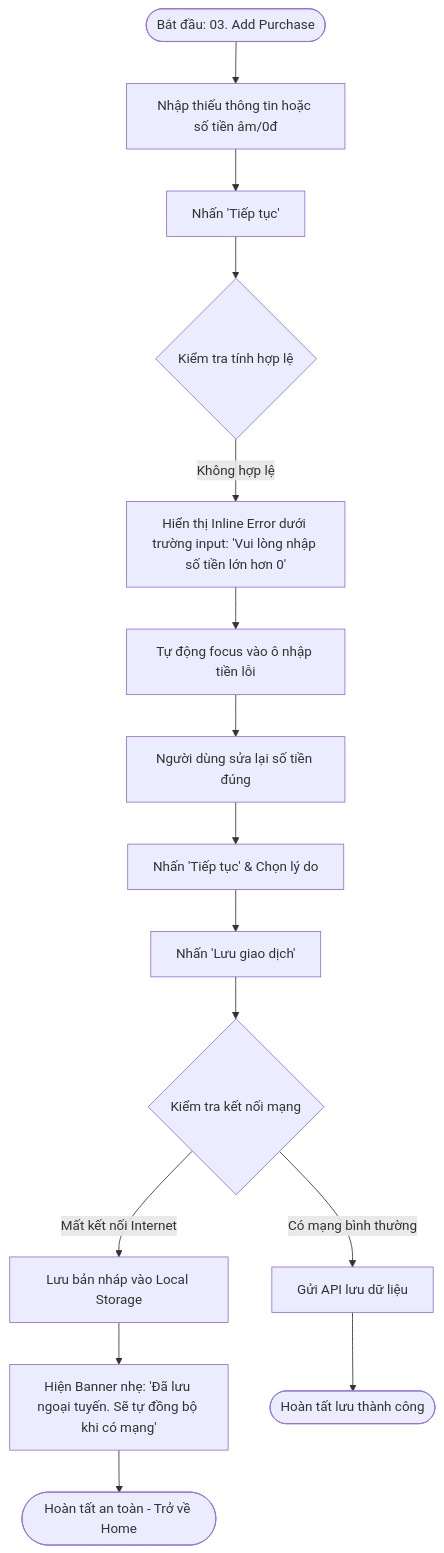
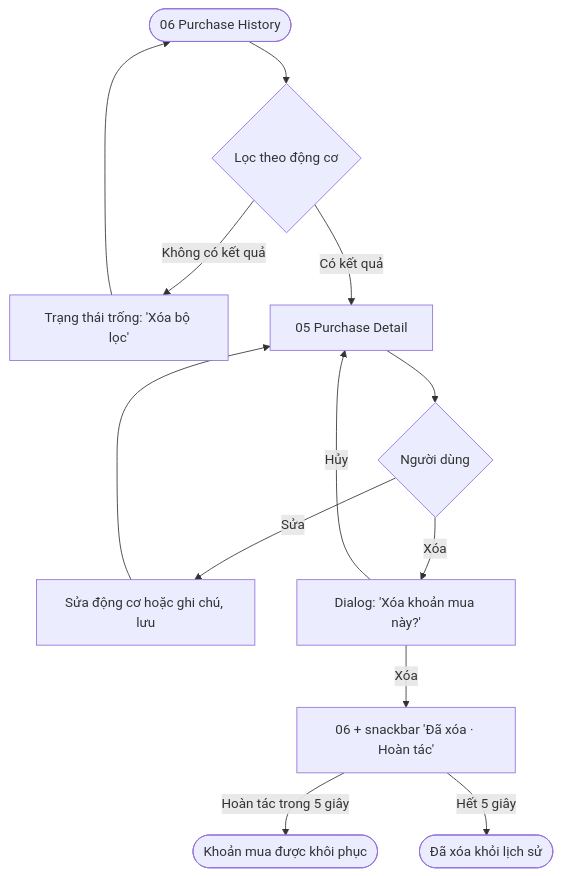
The fourth of 4 diagrams in ux/user-flow.md (hoanghuan2005/prm393_lab02), drawn with Mermaid before and after one commit. The commit also changed other lines of this file, not shown here.

Commit message:
Add information architecture and user flows

````diff
--- a/ux/user-flow.md
+++ b/ux/user-flow.md
@@ -122,21 +100,13 @@
 ```mermaid
 flowchart TD
-    Start([Bắt đầu: 03. Add Purchase]) --> UserInput[Nhập thiếu thông tin hoặc số tiền âm/0đ]
-    UserInput --> PressSubmit[Nhấn 'Tiếp tục']
-    
-    PressSubmit --> ValidateCheck{Kiểm tra tính hợp lệ}
-    ValidateCheck -->|Không hợp lệ| InlineError[Hiển thị Inline Error dưới trường input: 'Vui lòng nhập số tiền lớn hơn 0']
-    InlineError --> FocusField[Tự động focus vào ô nhập tiền lỗi]
-    FocusField --> UserFix[Người dùng sửa lại số tiền đúng]
-    
-    UserFix --> PressSubmit2[Nhấn 'Tiếp tục' & Chọn lý do]
-    PressSubmit2 --> TriggerSave[Nhấn 'Lưu giao dịch']
-    
-    TriggerSave --> CheckNetwork{Kiểm tra kết nối mạng}
-    CheckNetwork -->|Mất kết nối Internet| OfflineSave[Lưu bản nháp vào Local Storage]
-    OfflineSave --> ShowBanner[Hiện Banner nhẹ: 'Đã lưu ngoại tuyến. Sẽ tự đồng bộ khi có mạng']
-    ShowBanner --> FinishOffline([Hoàn tất an toàn - Trở về Home])
-    
-    CheckNetwork -->|Có mạng bình thường| OnlineSave[Gửi API lưu dữ liệu]
-    OnlineSave --> Success([Hoàn tất lưu thành công])
+    Start([06 Purchase History]) --> Filter{Lọc theo động cơ}
+    Filter -->|Không có kết quả| Empty[Trạng thái trống: 'Xóa bộ lọc'] --> Start
+    Filter -->|Có kết quả| S05[05 Purchase Detail]
+    S05 --> Choice{Người dùng}
+    Choice -->|Sửa| Edit[Sửa động cơ hoặc ghi chú, lưu] --> S05
+    Choice -->|Xóa| Dialog[Dialog: 'Xóa khoản mua này?']
+    Dialog -->|Hủy| S05
+    Dialog -->|Xóa| Snack[06 + snackbar 'Đã xóa · Hoàn tác']
+    Snack -->|Hoàn tác trong 5 giây| Restored([Khoản mua được khôi phục])
+    Snack -->|Hết 5 giây| Gone([Đã xóa khỏi lịch sử])
 ```
````
